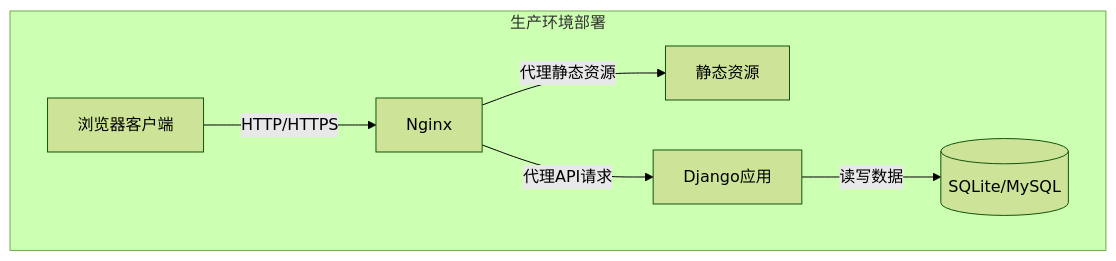
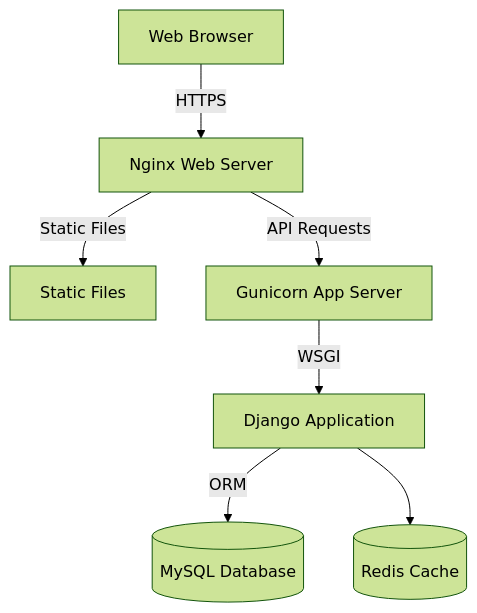
One commit to SOV710/RhythmFusion changed the tenth of 10 diagrams in docs/architecture.md. Above: the diagram before and after it, drawn with Mermaid (forest theme). The commit also changed other lines of this file and 5 other files, not shown here.

````diff
--- a/docs/architecture.md
+++ b/docs/architecture.md
@@ -131,15 +280,9 @@
 ```mermaid
 graph TD
-    subgraph "生产环境部署"
-    Client[浏览器客户端]
-    Nginx[Nginx]
-    Django[Django应用]
-    Static[静态资源]
-    DB[(SQLite/MySQL)]
-  
-    Client -->|HTTP/HTTPS| Nginx
-    Nginx -->|代理静态资源| Static
-    Nginx -->|代理API请求| Django
-    Django -->|读写数据| DB
-    end
+    Client[Web Browser] -->|HTTPS| WebServer[Nginx Web Server]
+    WebServer -->|Static Files| StaticFiles[Static Files]
+    WebServer -->|API Requests| AppServer[Gunicorn App Server]
+    AppServer -->|WSGI| Django[Django Application]
+    Django -->|ORM| Database[(MySQL Database)]
+    Django --> Cache[(Redis Cache)]
 ```
````
